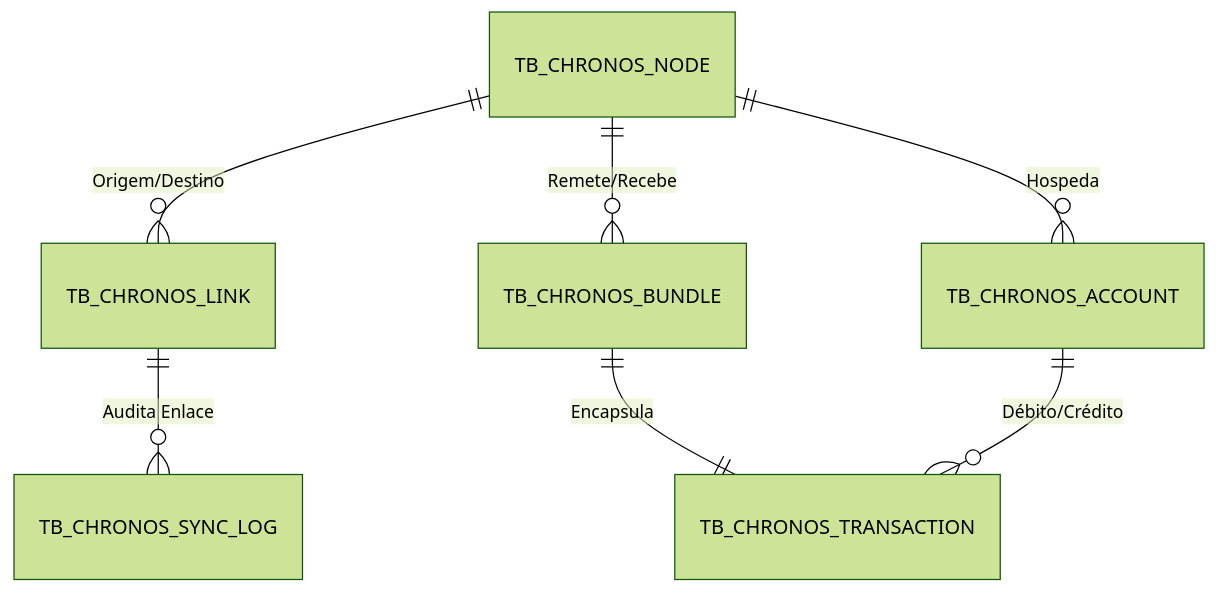
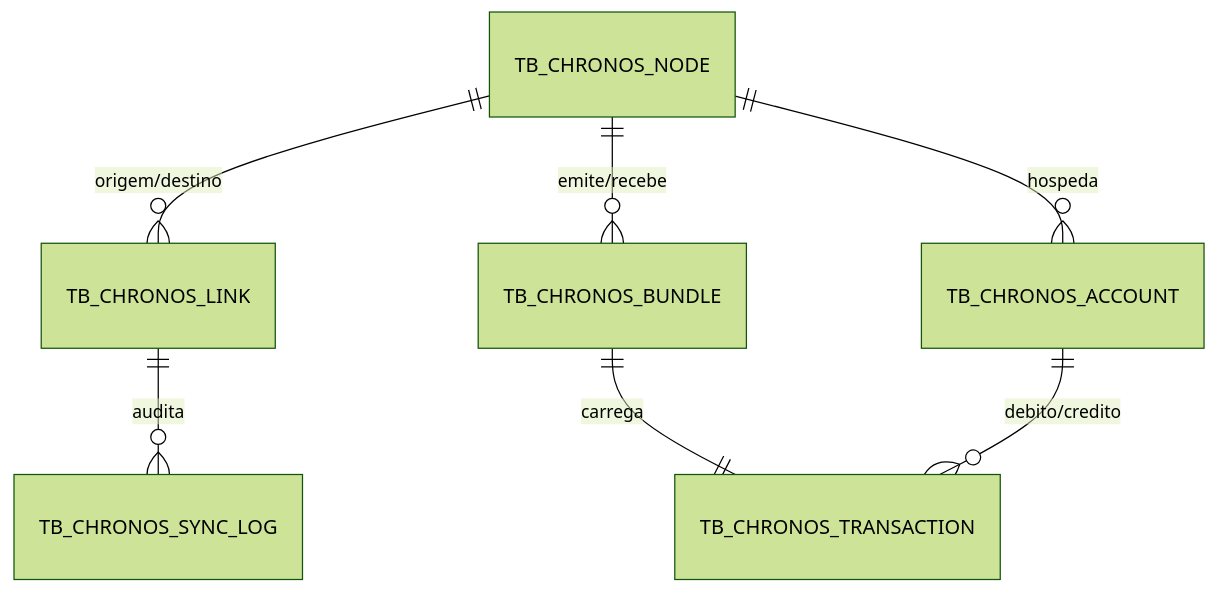
One commit to Chronos-DTN/chronos-dtn-ecosystem changed the diagram in database/README.md. Above: the diagram before and after it, drawn with Mermaid (forest theme). The commit also changed other lines of this file and 5 other files, not shown here.

````diff
--- a/database/README.md
+++ b/database/README.md
@@ -16,9 +25,10 @@
 ```mermaid
 erDiagram
-    TB_CHRONOS_NODE ||--o{ TB_CHRONOS_LINK : "Origem/Destino"
-    TB_CHRONOS_NODE ||--o{ TB_CHRONOS_ACCOUNT : "Hospeda"
-    TB_CHRONOS_NODE ||--o{ TB_CHRONOS_BUNDLE : "Remete/Recebe"
-    TB_CHRONOS_LINK ||--o{ TB_CHRONOS_SYNC_LOG : "Audita Enlace"
-    TB_CHRONOS_BUNDLE ||--|| TB_CHRONOS_TRANSACTION : "Encapsula"
-    TB_CHRONOS_ACCOUNT ||--o{ TB_CHRONOS_TRANSACTION : "Débito/Crédito"
+    %% Por que: Mapeamento de relacionamentos lógicos do banco de dados na notação Crow's Foot.
+    TB_CHRONOS_NODE ||--o{ TB_CHRONOS_LINK : "origem/destino"
+    TB_CHRONOS_NODE ||--o{ TB_CHRONOS_ACCOUNT : "hospeda"
+    TB_CHRONOS_NODE ||--o{ TB_CHRONOS_BUNDLE : "emite/recebe"
+    TB_CHRONOS_LINK ||--o{ TB_CHRONOS_SYNC_LOG : "audita"
+    TB_CHRONOS_BUNDLE ||--|| TB_CHRONOS_TRANSACTION : "carrega"
+    TB_CHRONOS_ACCOUNT ||--o{ TB_CHRONOS_TRANSACTION : "debito/credito"
 ```
````
